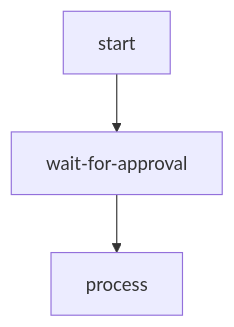
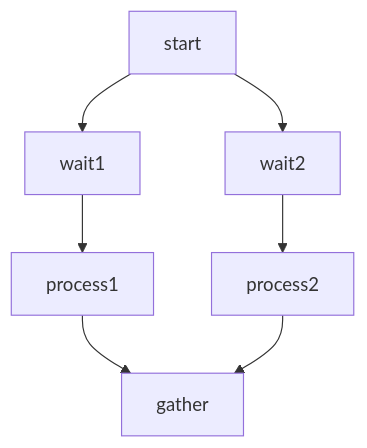
One commit to gorango/flowcraft changed the diagram in docs/examples/hitl.md. Above: the diagram before and after it, drawn with Mermaid. The commit also changed other lines of this file and 4 other files, not shown here.

````diff
--- a/docs/examples/hitl.md
+++ b/docs/examples/hitl.md
@@ -20,5 +22,9 @@
 ```mermaid
 flowchart TD
-    A["start"] --> B["wait-for-approval"]
-    B --> C["process"]
+    A["start"] --> B["wait1"]
+    A --> C["wait2"]
+    B --> D["process1"]
+    C --> E["process2"]
+    D --> F["gather"]
+    E --> F
 ```
````
